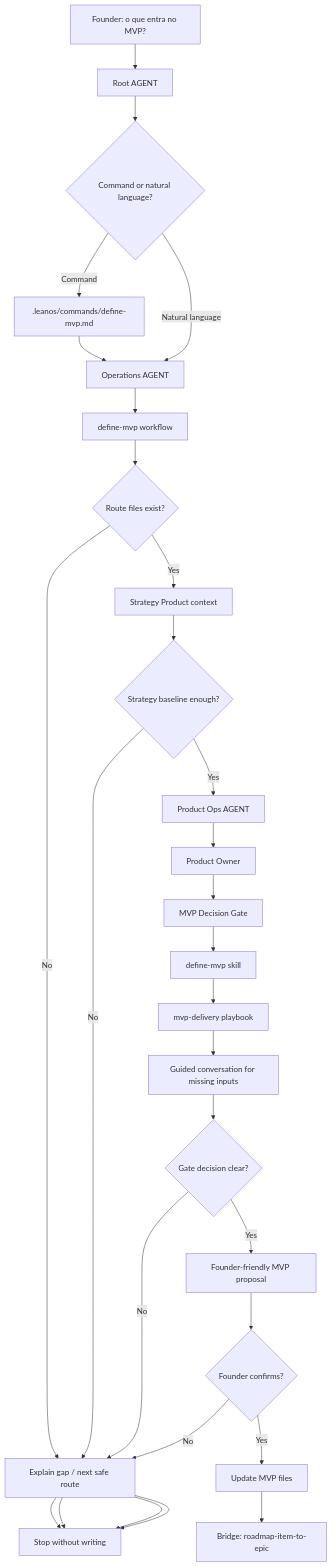
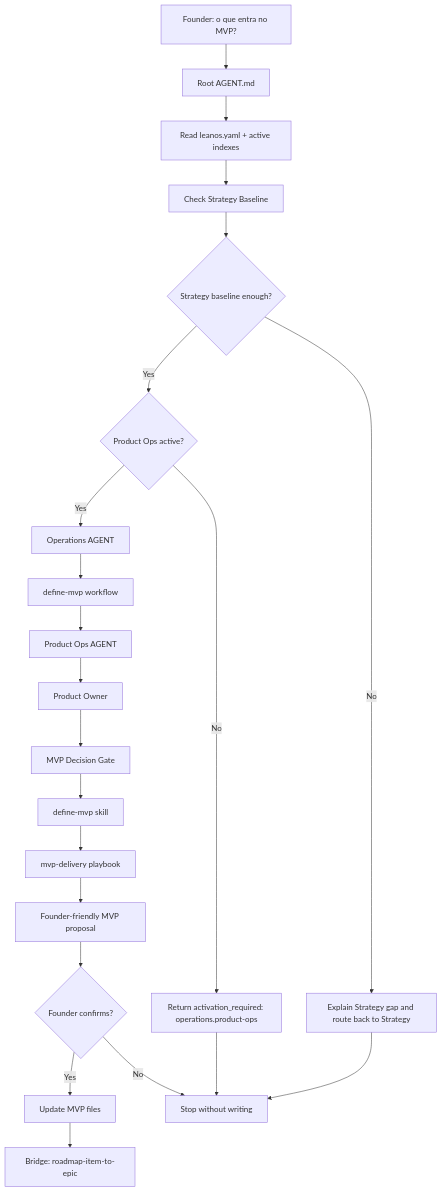
One commit to desousajhonny/leanOS changed the diagram in docs/framework/founder-journeys/define-mvp.md. Above: the diagram before and after it, drawn with Mermaid. The commit also changed other lines of this file and 36 other files, not shown here.

````diff
--- a/docs/framework/founder-journeys/define-mvp.md
+++ b/docs/framework/founder-journeys/define-mvp.md
@@ -14,38 +14,31 @@
 ```mermaid
 flowchart TD
   A["Founder: o que entra no MVP?"]
-  B["Root AGENT"]
-  C{"Command or natural language?"}
-  D[".leanos/commands/define-mvp.md"]
-  E["Operations AGENT"]
-  F["define-mvp workflow"]
-  G{"Route files exist?"}
-  H["Strategy Product context"]
-  I{"Strategy baseline enough?"}
-  J["Product Ops AGENT"]
-  K["Product Owner"]
-  L["MVP Decision Gate"]
-  M["define-mvp skill"]
-  N["mvp-delivery playbook"]
-  O["Guided conversation for missing inputs"]
-  P{"Gate decision clear?"}
-  Q["Founder-friendly MVP proposal"]
-  R{"Founder confirms?"}
-  S["Update MVP files"]
-  T["Bridge: roadmap-item-to-epic"]
-  U["Explain gap / next safe route"]
-  V["Stop without writing"]
+  B["Root AGENT.md"]
+  C["Read leanos.yaml + active indexes"]
+  D["Check Strategy Baseline"]
+  E{"Strategy baseline enough?"}
+  F["Explain Strategy gap and route back to Strategy"]
+  G{"Product Ops active?"}
+  H["Return activation_required: operations.product-ops"]
+  I["Operations AGENT"]
+  J["define-mvp workflow"]
+  K["Product Ops AGENT"]
+  L["Product Owner"]
+  M["MVP Decision Gate"]
+  N["define-mvp skill"]
+  O["mvp-delivery playbook"]
+  P["Founder-friendly MVP proposal"]
+  Q{"Founder confirms?"}
+  R["Update MVP files"]
+  S["Bridge: roadmap-item-to-epic"]
+  T["Stop without writing"]
 
-  A --> B --> C
-  C -->|Command| D --> E
-  C -->|Natural language| E
-  E --> F --> G
-  G -->|No| U --> V
-  G -->|Yes| H --> I
-  I -->|No| U --> V
-  I -->|Yes| J --> K --> L --> M --> N --> O --> P
-  P -->|No| U --> V
-  P -->|Yes| Q --> R
-  R -->|Yes| S --> T
-  R -->|No| U --> V
+  A --> B --> C --> D --> E
+  E -->|No| F --> T
+  E -->|Yes| G
+  G -->|No| H --> T
+  G -->|Yes| I --> J --> K --> L --> M --> N --> O --> P --> Q
+  Q -->|Yes| R --> S
+  Q -->|No| T
 ```
````
